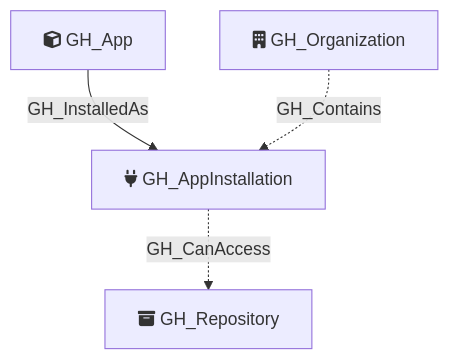
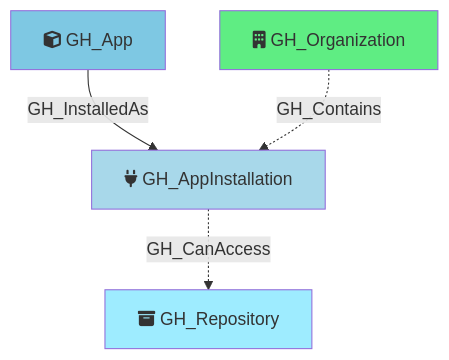
Before and after one commit to SpecterOps/bloodhound-docs: the diagram in docs/opengraph/extensions/githound/reference/nodes/gh_app.mdx, drawn with Mermaid. The commit also changed other lines of this file and 52 other files, not shown here.

````diff
--- a/docs/opengraph/extensions/githound/reference/nodes/gh_app.mdx
+++ b/docs/opengraph/extensions/githound/reference/nodes/gh_app.mdx
@@ -55,12 +67,16 @@
 ```mermaid
 flowchart TD
     GH_App[fa:fa-cube GH_App]
     GH_AppInstallation[fa:fa-plug GH_AppInstallation]
     GH_Repository[fa:fa-box-archive GH_Repository]
     GH_Organization[fa:fa-building GH_Organization]
 
     GH_App -->|GH_InstalledAs| GH_AppInstallation
     GH_Organization -.->|GH_Contains| GH_AppInstallation
     GH_AppInstallation -.->|GH_CanAccess| GH_Repository
 
+    style GH_App fill:#7EC8E3
+    style GH_AppInstallation fill:#A8D8EA
+    style GH_Organization fill:#5FED83
+    style GH_Repository fill:#9EECFF
 ```
````
